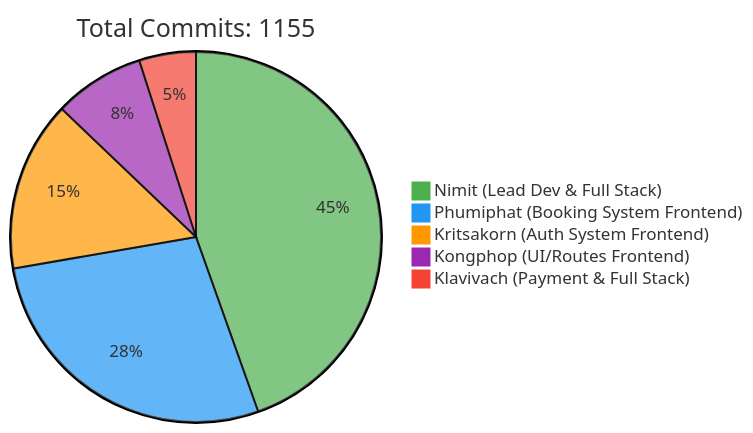
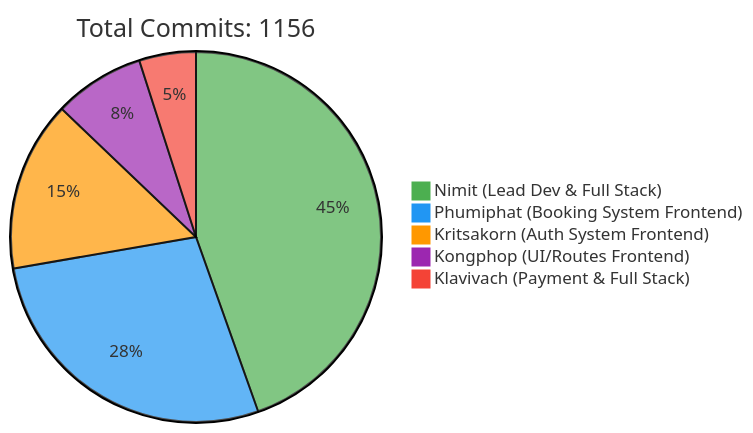
The first of 2 diagrams in README.md (6531503042/Sport-Complex), drawn with Mermaid before and after one commit. The commit also changed other lines of this file, not shown here.

Commit message:
docs: Update contributor statistics [skip ci]

````diff
--- a/README.md
+++ b/README.md
@@ -257,10 +257,10 @@
 ```mermaid
 %%{init: {'theme': 'base', 'themeVariables': { 'pie1': '#4CAF50', 'pie2': '#2196F3', 'pie3': '#FF9800', 'pie4': '#9C27B0', 'pie5': '#F44336'}}}%%
 pie
-    title Total Commits: 1155
+    title Total Commits: 1156
     "Nimit (Lead Dev & Full Stack)" : 450
     "Phumiphat (Booking System Frontend)" : 280
     "Kritsakorn (Auth System Frontend)" : 150
     "Kongphop (UI/Routes Frontend)" : 80
     "Klavivach (Payment & Full Stack)" : 50
 ```
````
